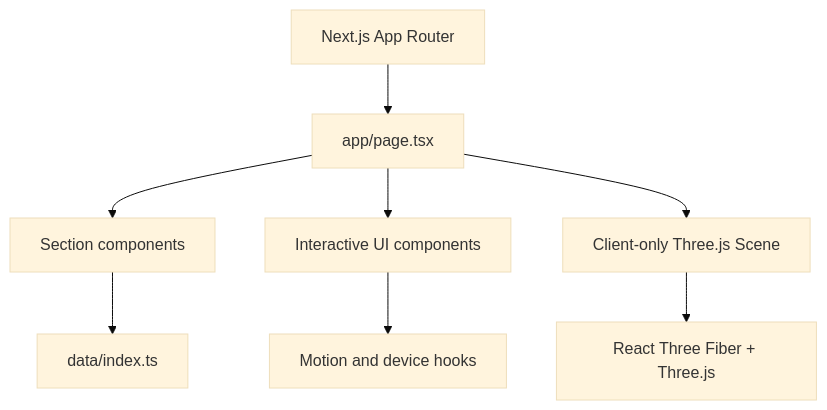
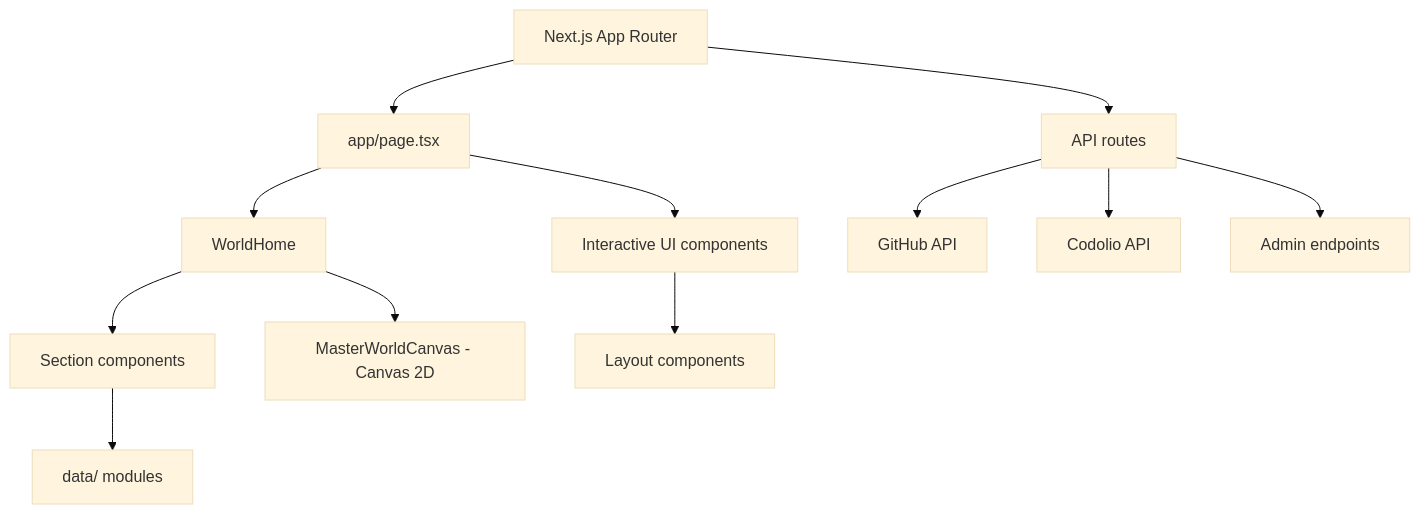
One commit to karkalashivareddy/portfolio changed the diagram in README.md. Above: the diagram before and after it, drawn with Mermaid (base theme). The commit also changed other lines of this file and 5 other files, not shown here.

````diff
--- a/README.md
+++ b/README.md
@@ -21,10 +20,14 @@
 ```mermaid
 flowchart TD
     R[Next.js App Router] --> P[app/page.tsx]
-    P --> S[Section components]
+    P --> W[WorldHome]
+    W --> S[Section components]
+    W --> C[MasterWorldCanvas - Canvas 2D]
+    S --> D[data/ modules]
     P --> U[Interactive UI components]
-    P --> C[Client-only Three.js Scene]
-    S --> D[data/index.ts]
-    U --> H[Motion and device hooks]
-    C --> T[React Three Fiber + Three.js]
+    U --> L[Layout components]
+    R --> A[API routes]
+    A --> GH[GitHub API]
+    A --> CO[Codolio API]
+    A --> AD[Admin endpoints]
 ```
````
